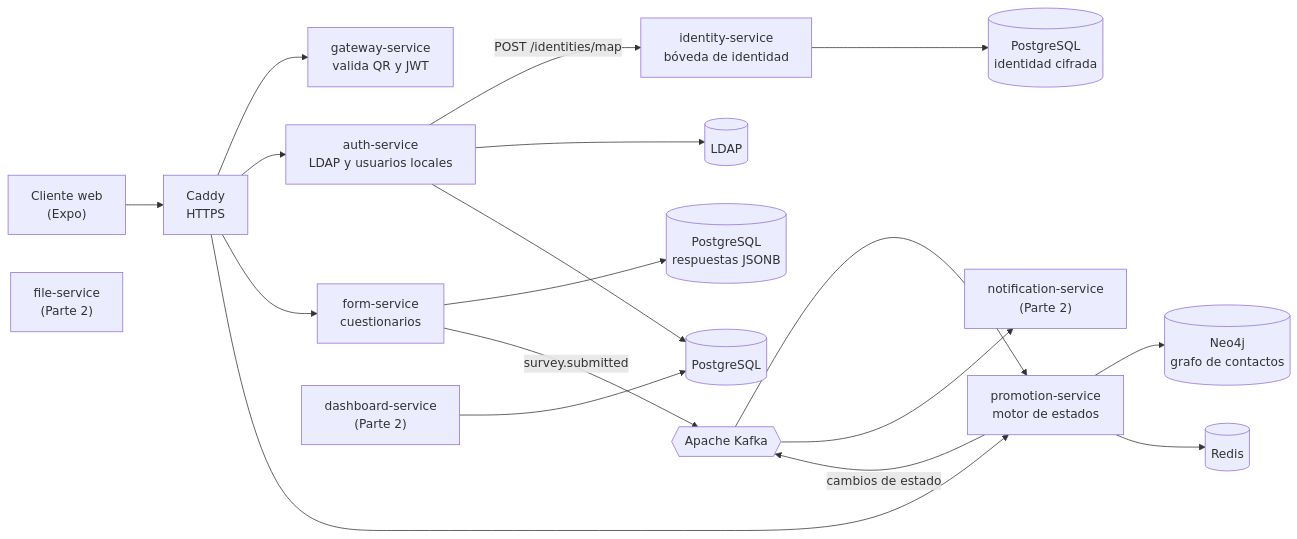
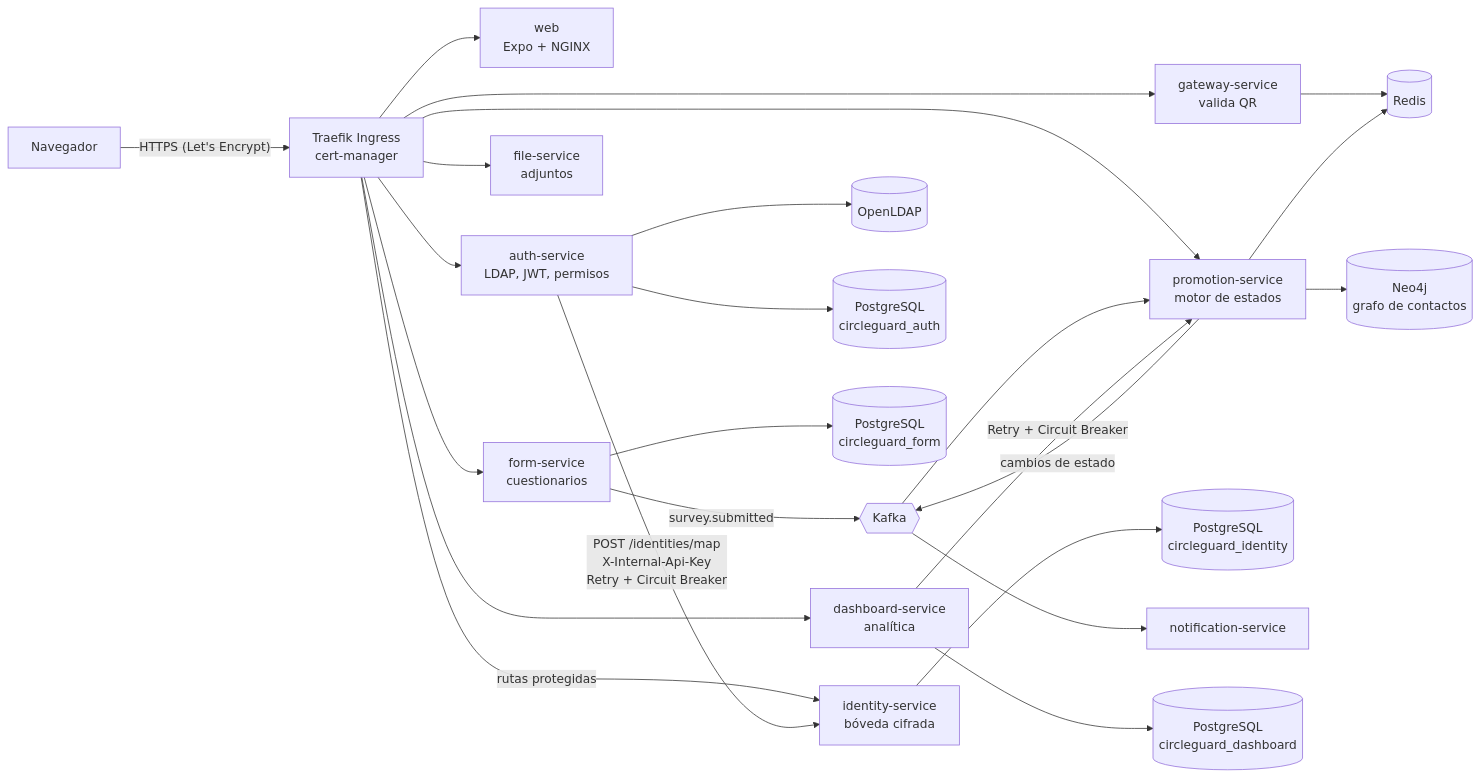
Before and after one commit to pabloandressoftware/CircleGuardSoft5Comentarios: the first of 3 diagrams in docs/arquitectura.md, drawn with Mermaid. The commit also changed other lines of this file and 23 other files, not shown here.

````diff
--- a/docs/arquitectura.md
+++ b/docs/arquitectura.md
@@ -7,23 +10,28 @@
 ```mermaid
 flowchart LR
-    Web["Cliente web<br/>(Expo)"] --> Caddy["Caddy<br/>HTTPS"]
-    Caddy --> Gateway["gateway-service<br/>valida QR y JWT"]
-    Caddy --> Auth["auth-service<br/>LDAP y usuarios locales"]
-    Caddy --> Form["form-service<br/>cuestionarios"]
-    Caddy --> Promotion["promotion-service<br/>motor de estados"]
+    User["Navegador"] -->|"HTTPS (Let's Encrypt)"| Ingress["Traefik Ingress<br/>cert-manager"]
+    Ingress --> Web["web<br/>Expo + NGINX"]
+    Ingress --> Gateway["gateway-service<br/>valida QR"]
+    Ingress --> Auth["auth-service<br/>LDAP, JWT, permisos"]
+    Ingress --> Form["form-service<br/>cuestionarios"]
+    Ingress --> Promotion["promotion-service<br/>motor de estados"]
+    Ingress --> Dashboard["dashboard-service<br/>analítica"]
+    Ingress --> File["file-service<br/>adjuntos"]
+    Ingress -->|"rutas protegidas"| Identity
 
-    Auth -->|"POST /identities/map"| Identity["identity-service<br/>bóveda de identidad"]
-    Auth --> LDAP[("LDAP")]
-    Auth --> PGAuth[("PostgreSQL")]
-    Identity --> PGId[("PostgreSQL<br/>identidad cifrada")]
-    Form --> PGForm[("PostgreSQL<br/>respuestas JSONB")]
+    Auth -->|"POST /identities/map<br/>X-Internal-Api-Key<br/>Retry + Circuit Breaker"| Identity["identity-service<br/>bóveda cifrada"]
+    Auth --> LDAP[("OpenLDAP")]
+    Auth --> PGAuth[("PostgreSQL<br/>circleguard_auth")]
+    Identity --> PGId[("PostgreSQL<br/>circleguard_identity")]
+    Form --> PGForm[("PostgreSQL<br/>circleguard_form")]
+    Gateway --> Redis[("Redis")]
 
-    Form -->|"survey.submitted"| Kafka{{"Apache Kafka"}}
+    Form -->|"survey.submitted"| Kafka{{"Kafka"}}
     Kafka --> Promotion
     Promotion --> Neo4j[("Neo4j<br/>grafo de contactos")]
-    Promotion --> Redis[("Redis")]
+    Promotion --> Redis
     Promotion -->|"cambios de estado"| Kafka
-    Kafka --> Notification["notification-service<br/>(Parte 2)"]
-    Dashboard["dashboard-service<br/>(Parte 2)"] --> PGAuth
-    File["file-service<br/>(Parte 2)"]
+    Kafka --> Notification["notification-service"]
+    Dashboard -->|"Retry + Circuit Breaker"| Promotion
+    Dashboard --> PGDash[("PostgreSQL<br/>circleguard_dashboard")]
 ```
````
